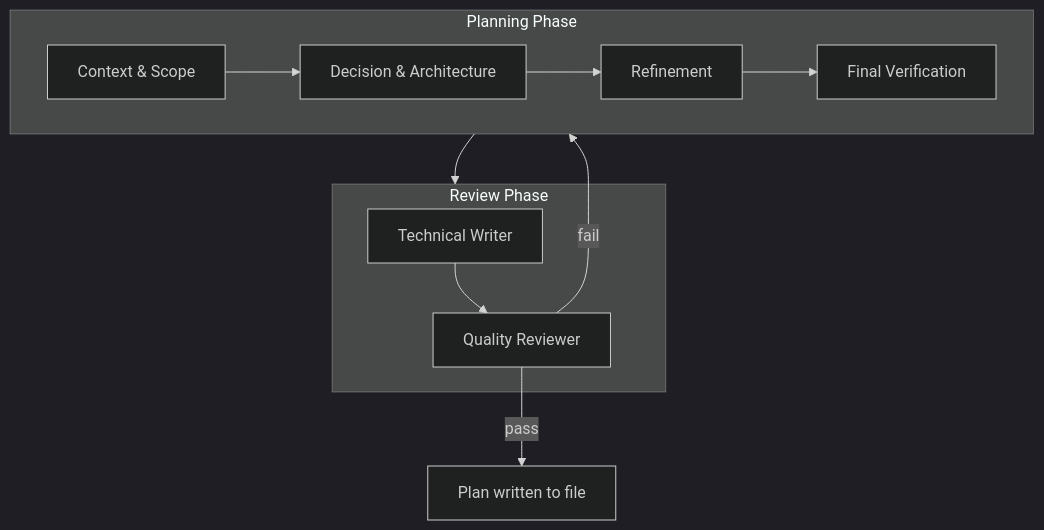
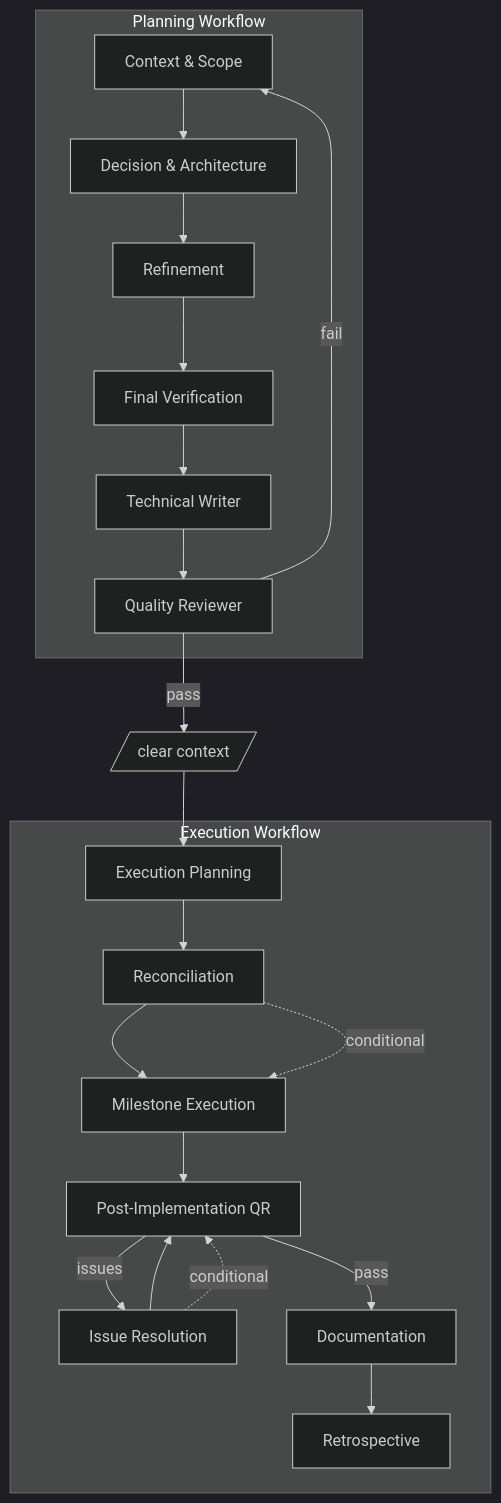
One commit to gcharang/claude-config changed the fourth of 4 diagrams in README.md. Above: the diagram before and after it, drawn with Mermaid (dark theme). The commit also changed other lines of this file, not shown here.

Commit message:
Update readme to reflect execution as part of planner skill

````diff
--- a/README.md
+++ b/README.md
@@ -310,16 +310,26 @@
 ```mermaid
 flowchart TB
-    subgraph planning[Planning Phase]
+    subgraph planning[Planning Workflow]
         P1[Context & Scope] --> P2[Decision & Architecture]
         P2 --> P3[Refinement]
         P3 --> P4[Final Verification]
+        P4 --> R1[Technical Writer]
+        R1 --> R2[Quality Reviewer]
     end
 
-    subgraph review[Review Phase]
-        R1[Technical Writer] --> R2[Quality Reviewer]
+    subgraph execution[Execution Workflow]
+        E1[Execution Planning] --> E2[Reconciliation]
+        E2 --> E3[Milestone Execution]
+        E3 --> E4[Post-Implementation QR]
+        E4 -->|issues| E5[Issue Resolution]
+        E5 --> E4
+        E4 -->|pass| E6[Documentation]
+        E6 --> E7[Retrospective]
     end
 
-    planning --> review
-    R2 -->|pass| done[Plan written to file]
-    R2 -->|fail| planning
+    R2 -->|pass| clear[/clear context/]
+    clear --> E1
+    R2 -->|fail| P1
+    E2 -.->|conditional| E3
+    E5 -.->|conditional| E4
 ```
````
